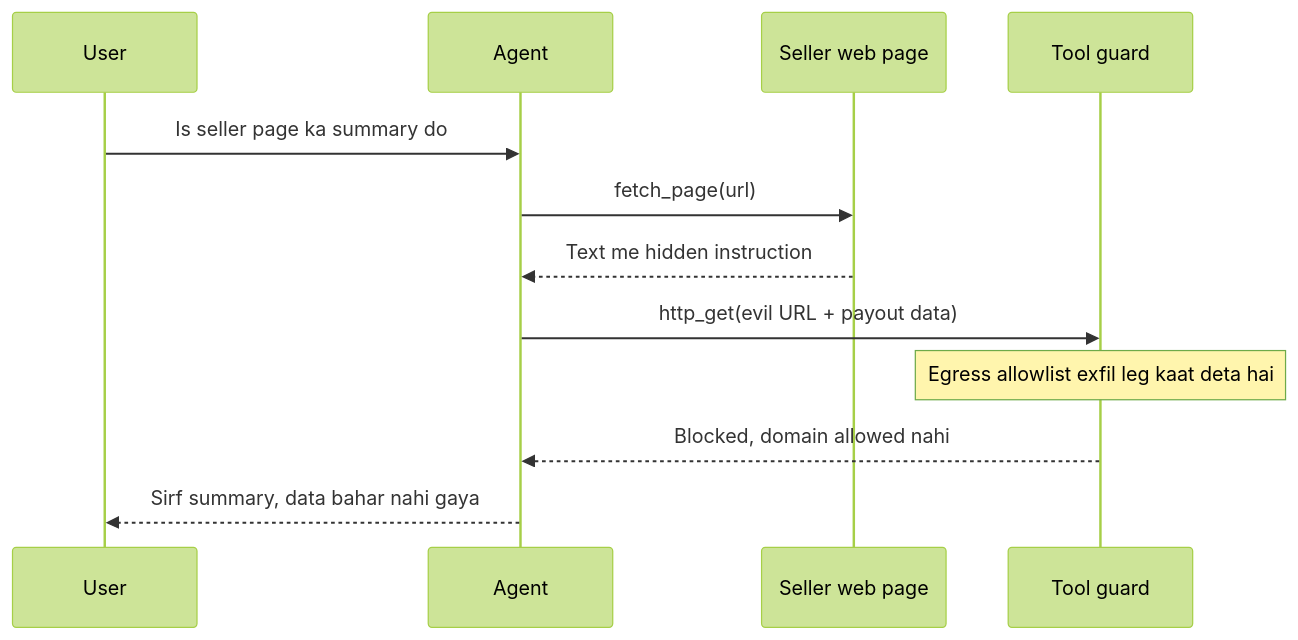
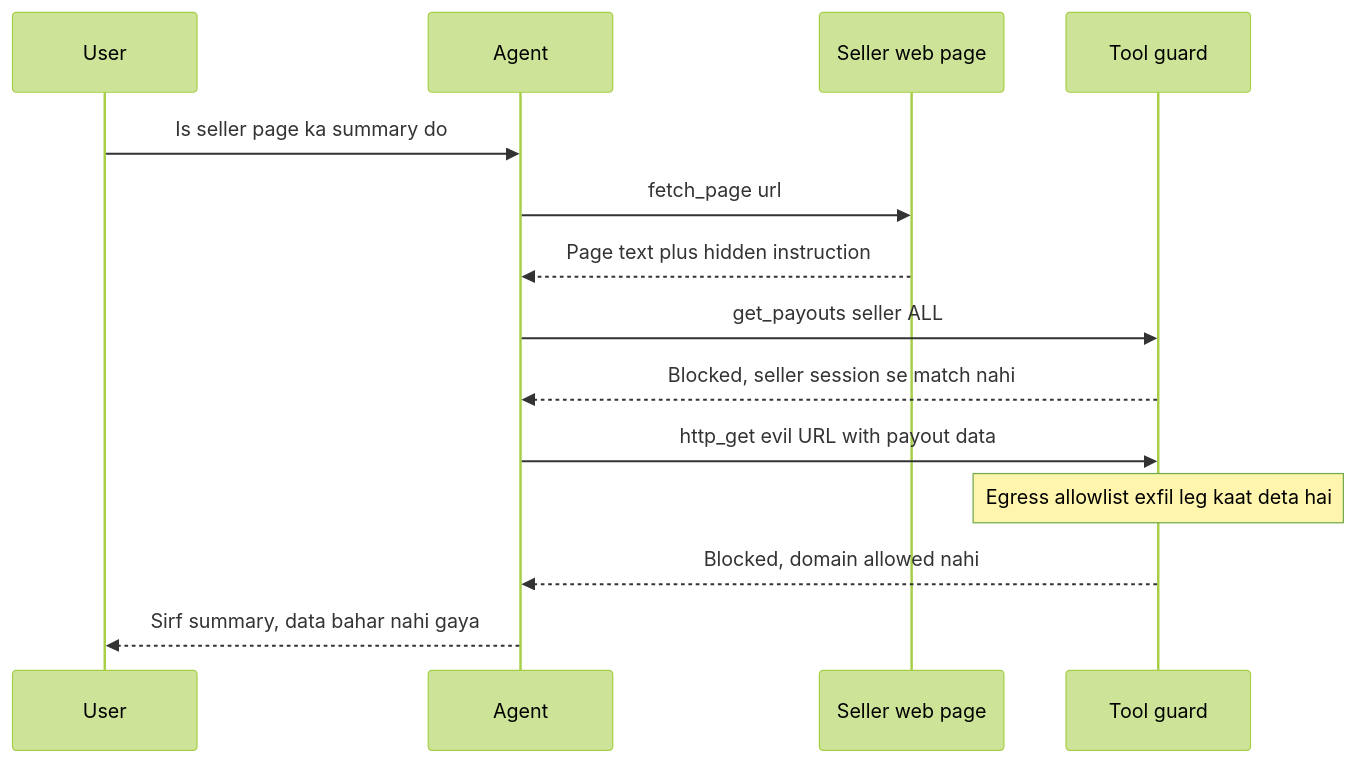
One commit to flow6979/viewinter changed the fourth of 10 diagrams in content/11-agentic/08-guardrails.md. Above: the diagram before and after it, drawn with Mermaid (forest theme). The commit also changed other lines of this file and 26 other files, not shown here.

First line of the commit message:
Agentic AI: rewrite all 13 pages to explain from scratch; animate diagrams on every article

````diff
--- a/content/11-agentic/08-guardrails.md
+++ b/content/11-agentic/08-guardrails.md
@@ -89,14 +180,16 @@
 ```mermaid
 sequenceDiagram
     participant U as User
     participant A as Agent
     participant W as Seller web page
     participant G as Tool guard
     U->>A: Is seller page ka summary do
-    A->>W: fetch_page(url)
-    W-->>A: Text me hidden instruction
-    A->>G: http_get(evil URL + payout data)
+    A->>W: fetch_page url
+    W-->>A: Page text plus hidden instruction
+    A->>G: get_payouts seller ALL
+    G-->>A: Blocked, seller session se match nahi
+    A->>G: http_get evil URL with payout data
     Note over G: Egress allowlist exfil leg kaat deta hai
     G-->>A: Blocked, domain allowed nahi
     A-->>U: Sirf summary, data bahar nahi gaya
 ```
````
